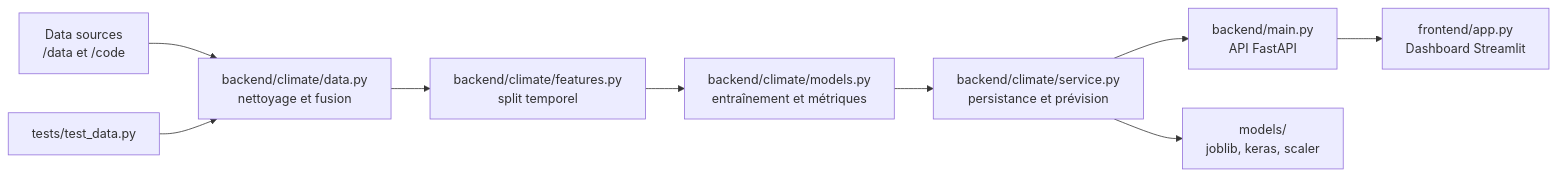
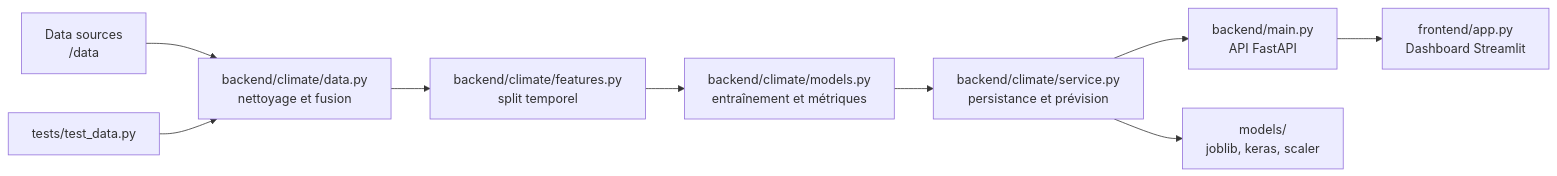
The diagram in README.md (kevin-71/devops-mlops-project), drawn with Mermaid before and after one commit. The commit also changed other lines of this file and 14 other files, not shown here.

````diff
--- a/README.md
+++ b/README.md
@@ -17,11 +18,11 @@
 ```mermaid
 flowchart LR
-    A[Data sources\n/data et /code] --> B[backend/climate/data.py\nnettoyage et fusion]
+    A[Data sources\n/data] --> B[backend/climate/data.py\nnettoyage et fusion]
     B --> C[backend/climate/features.py\nsplit temporel]
     C --> D[backend/climate/models.py\nentraînement et métriques]
     D --> E[backend/climate/service.py\npersistance et prévision]
     E --> F[backend/main.py\nAPI FastAPI]
     F --> G[frontend/app.py\nDashboard Streamlit]
     E --> H[models/\njoblib, keras, scaler]
     I[tests/test_data.py] --> B
 ```
````
